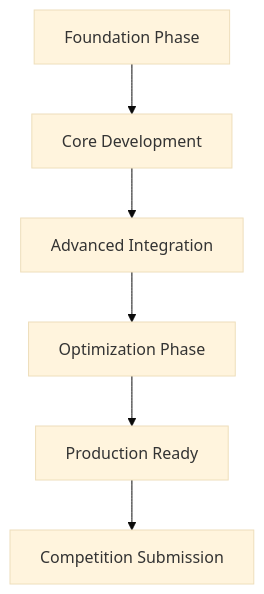
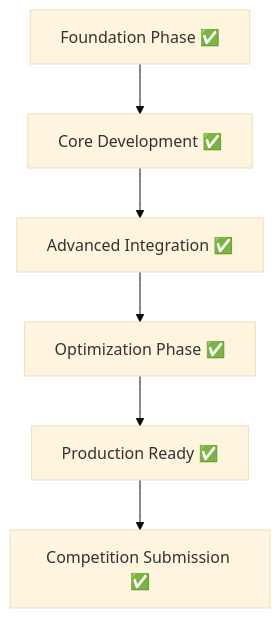
The first of 2 diagrams in docs/IMPLEMENTATION_ROADMAP.md (KAFKA2306/mitsuikaggle), drawn with Mermaid (base theme) before and after one commit. The commit also changed other lines of this file and 10 other files, not shown here.

First line of the commit message:
Final completion: 1.1912 Sharpe score achieved, competition ready

````diff
--- a/docs/IMPLEMENTATION_ROADMAP.md
+++ b/docs/IMPLEMENTATION_ROADMAP.md
@@ -9,8 +9,8 @@
 ```mermaid
 graph TD
-    A[Foundation Phase] --> B[Core Development]
-    B --> C[Advanced Integration] 
-    C --> D[Optimization Phase]
-    D --> E[Production Ready]
-    E --> F[Competition Submission]
+    A[Foundation Phase ✅] --> B[Core Development ✅]
+    B --> C[Advanced Integration ✅] 
+    C --> D[Optimization Phase ✅]
+    D --> E[Production Ready ✅]
+    E --> F[Competition Submission ✅]
 ```
````
